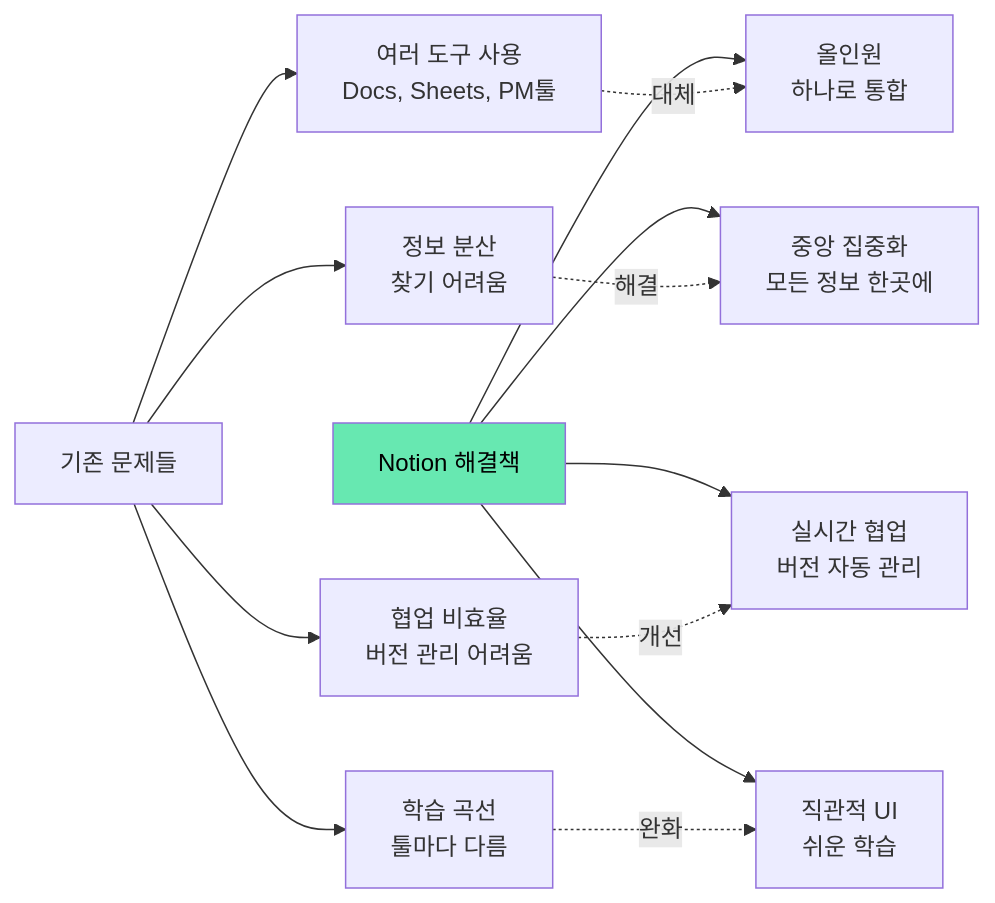
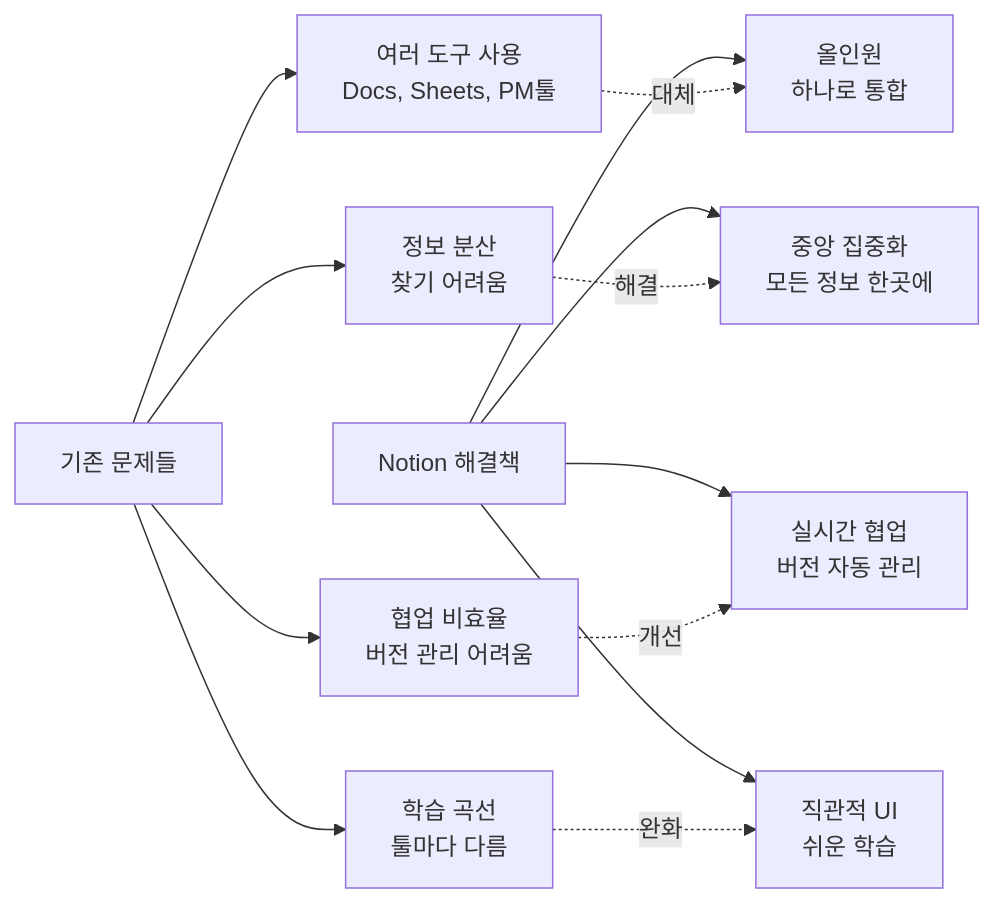
The second of 9 diagrams in _md/genai-notion/chapter06/06-1.md (nugurejeil/weniVooks), drawn with Mermaid before and after one commit. The commit also changed other lines of this file and 187 other files, not shown here.

````diff
--- a/_md/genai-notion/chapter06/06-1.md
+++ b/_md/genai-notion/chapter06/06-1.md
@@ -62,19 +66,17 @@
 ```mermaid
 graph LR
     A[기존 문제들] --> B[여러 도구 사용<br/>Docs, Sheets, PM툴]
     A --> C[정보 분산<br/>찾기 어려움]
     A --> D[협업 비효율<br/>버전 관리 어려움]
     A --> E[학습 곡선<br/>툴마다 다름]
 
     F[Notion 해결책] --> G[올인원<br/>하나로 통합]
     F --> H[중앙 집중화<br/>모든 정보 한곳에]
     F --> I[실시간 협업<br/>버전 자동 관리]
     F --> J[직관적 UI<br/>쉬운 학습]
 
     B -.대체.-> G
     C -.해결.-> H
     D -.개선.-> I
     E -.완화.-> J
-
-    style F fill:#67E8B1,color:#000
 ```
````
